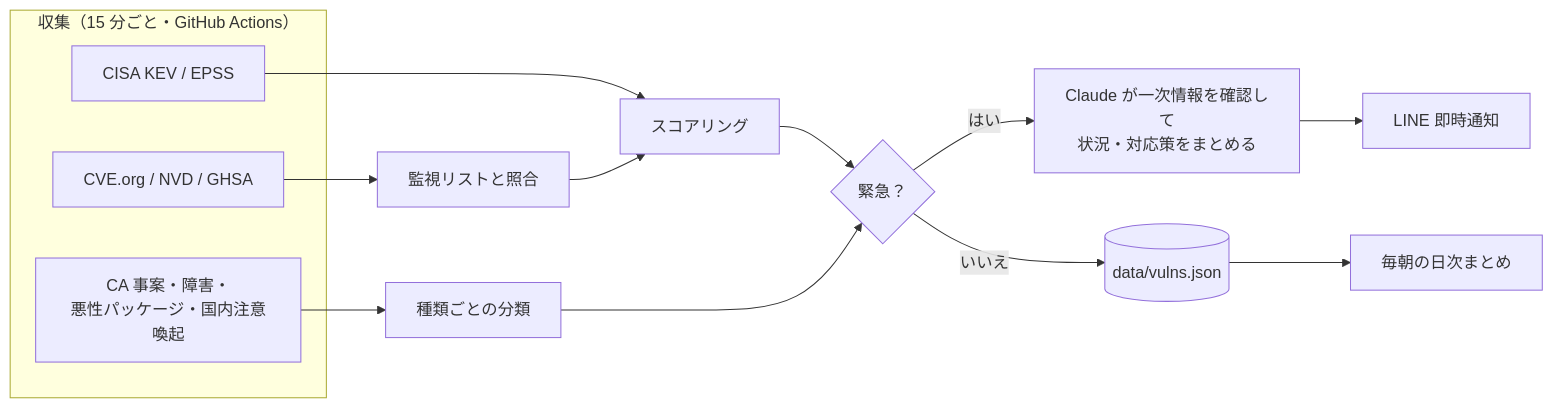
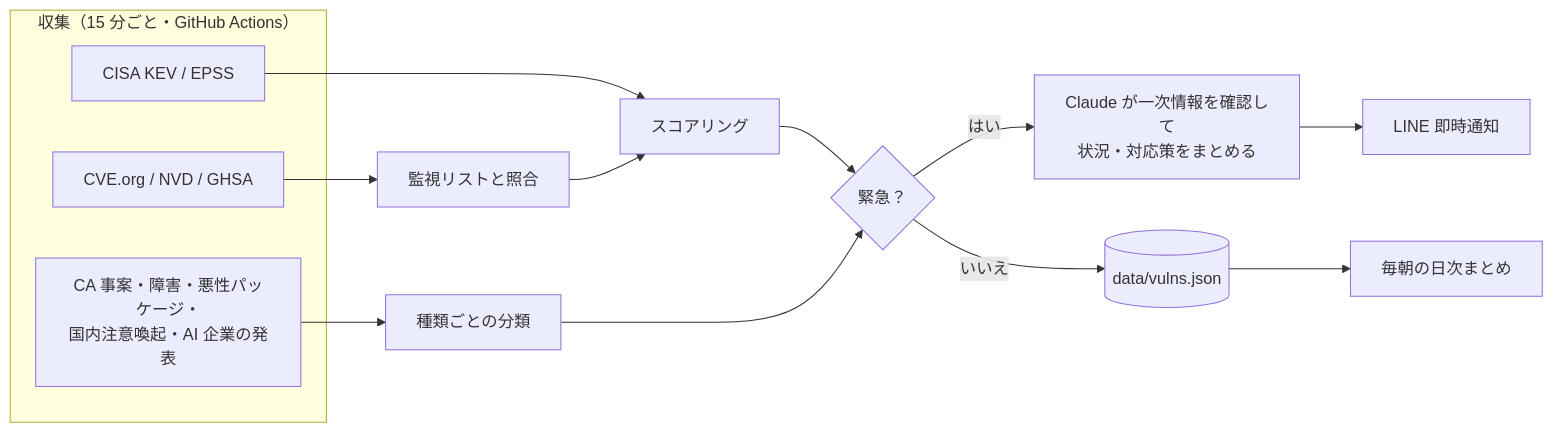
The diagram in README.md (picnic-days/noroshi), drawn with Mermaid before and after one commit. The commit also changed other lines of this file and 12 other files, not shown here.

````diff
--- a/README.md
+++ b/README.md
@@ -66,16 +67,16 @@
 ```mermaid
 flowchart LR
   subgraph 収集["収集（15 分ごと・GitHub Actions）"]
     A[CVE.org / NVD / GHSA]
     B[CISA KEV / EPSS]
-    C[CA 事案・障害・<br>悪性パッケージ・国内注意喚起]
+    C[CA 事案・障害・悪性パッケージ・<br>国内注意喚起・AI 企業の発表]
   end
   A --> M[監視リストと照合]
   B --> S
   M --> S[スコアリング]
   C --> L[種類ごとの分類]
   S --> J{緊急？}
   L --> J
   J -- はい --> AI[Claude が一次情報を確認して<br>状況・対応策をまとめる] --> LINE1[LINE 即時通知]
   J -- いいえ --> D[(data/vulns.json)] --> LINE2[毎朝の日次まとめ]
 ```
````
